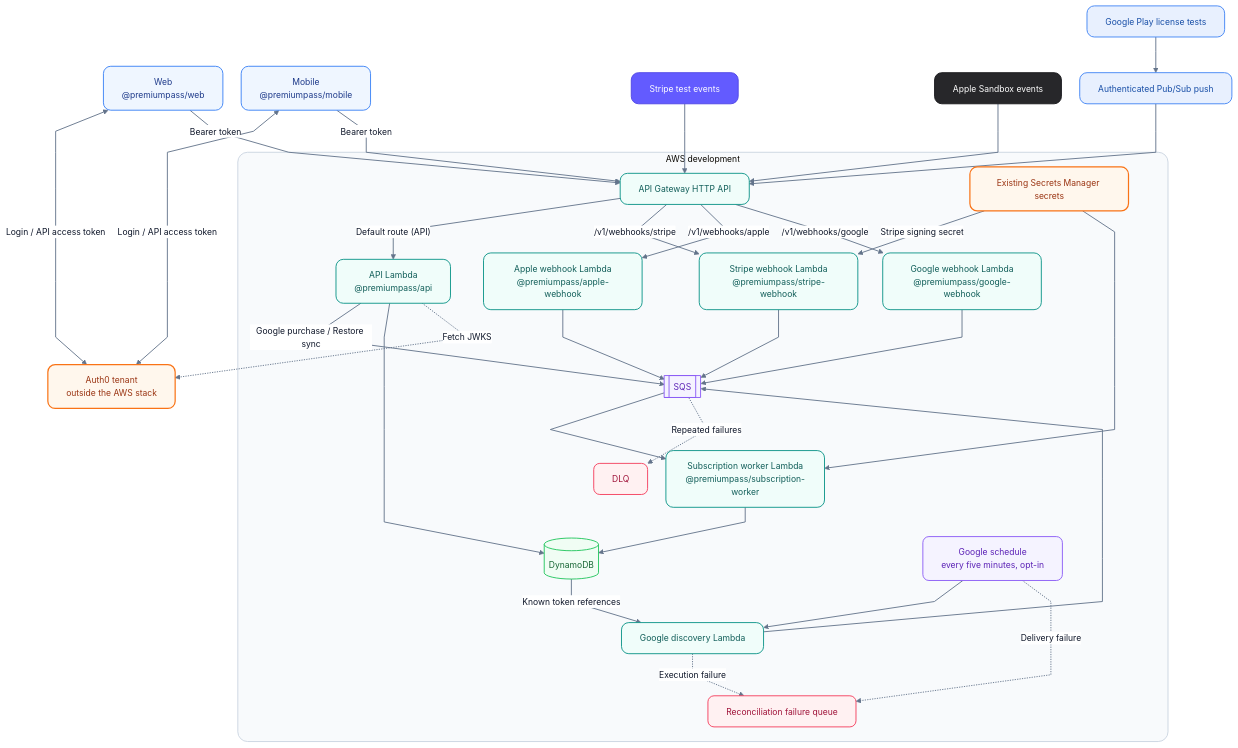
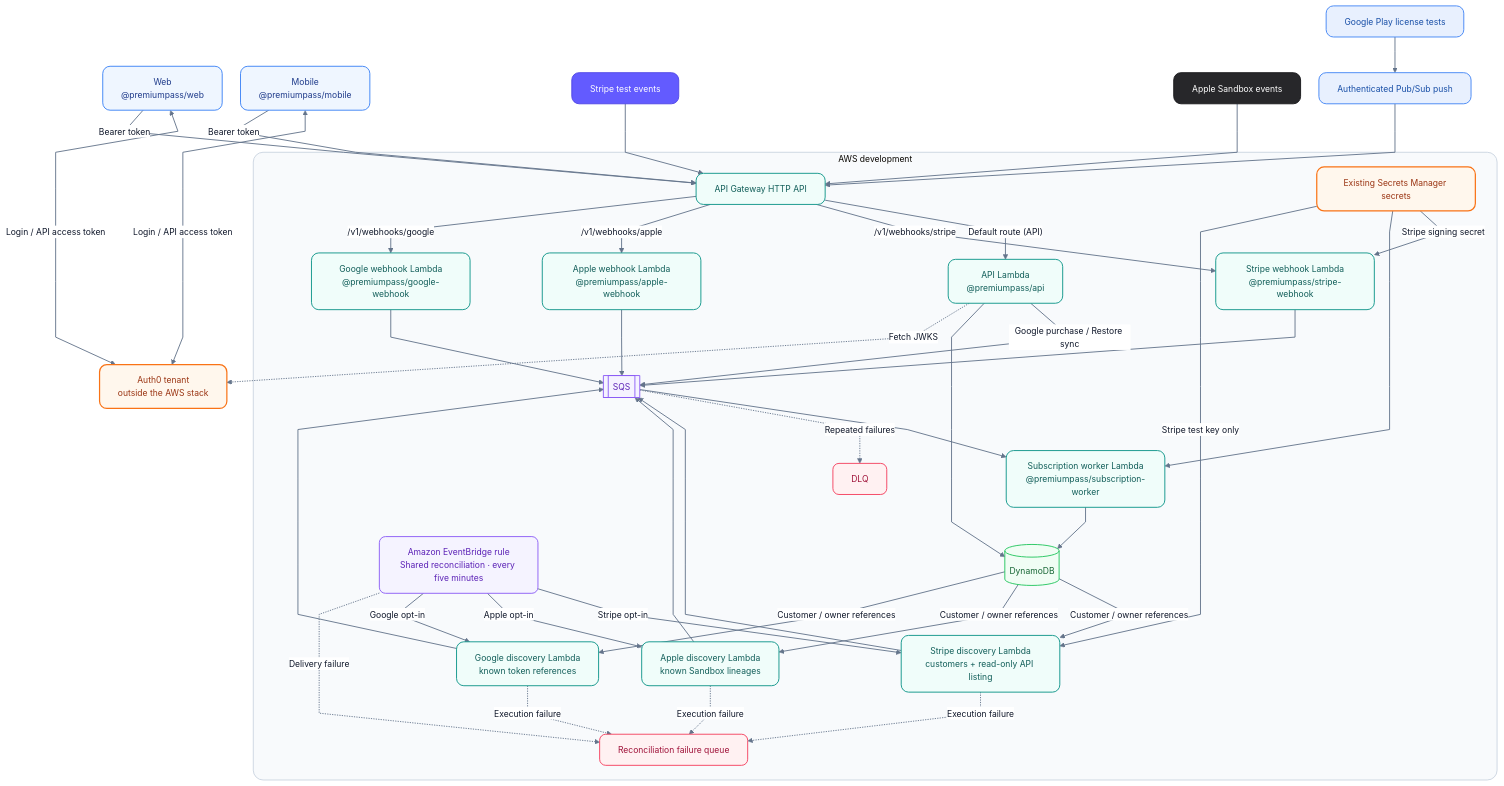
Before and after one commit to phillippbertram/subscription-consolidation-workshop: the second of 2 diagrams in docs/ARCHITECTURE.md, drawn with Mermaid. The commit also changed other lines of this file and 166 other files, not shown here.

```diff
--- a/docs/ARCHITECTURE.md
+++ b/docs/ARCHITECTURE.md
@@ -184,13 +193,17 @@
         Queue --> Worker --> DB
         API -->|"Google purchase / Restore sync"| Queue
         API --> DB
-        Schedule["Google schedule<br/>every five minutes, opt-in"] --> Discovery["Google discovery Lambda"]
-        DB -->|"Known token references"| Discovery --> Queue
+        Schedule["Amazon EventBridge rule<br/>Shared reconciliation · every five minutes"] -->|"Stripe opt-in"| StripeDiscovery["Stripe discovery Lambda<br/>customers + read-only API listing"]
+        Schedule -->|"Apple opt-in"| AppleDiscovery["Apple discovery Lambda<br/>known Sandbox lineages"]
+        Schedule -->|"Google opt-in"| GoogleDiscovery["Google discovery Lambda<br/>known token references"]
+        DB -->|"Customer / owner references"| StripeDiscovery & AppleDiscovery & GoogleDiscovery
+        StripeDiscovery & AppleDiscovery & GoogleDiscovery --> Queue
         Schedule -.->|"Delivery failure"| ReconciliationDLQ["Reconciliation failure queue"]
-        Discovery -.->|"Execution failure"| ReconciliationDLQ
+        StripeDiscovery & AppleDiscovery & GoogleDiscovery -.->|"Execution failure"| ReconciliationDLQ
         Queue -.->|"Repeated failures"| DLQ
         Secrets -->|"Stripe signing secret"| StripeHook
         Secrets --> Worker
+        Secrets -->|"Stripe test key only"| StripeDiscovery
     end
     API -.->|"Fetch JWKS"| Auth0
     classDef default fill:#f8fafc,stroke:#94a3b8,color:#0f172a,stroke-width:1.5px,rx:10,ry:10
@@ -213,7 +226,7 @@
     class Apple apple
     class Google,PubSub google
     class Gateway service
-    class Discovery service
+    class StripeDiscovery,AppleDiscovery,GoogleDiscovery service
     class Schedule queue
     class DLQ,ReconciliationDLQ failure
     class Secrets identity
```
